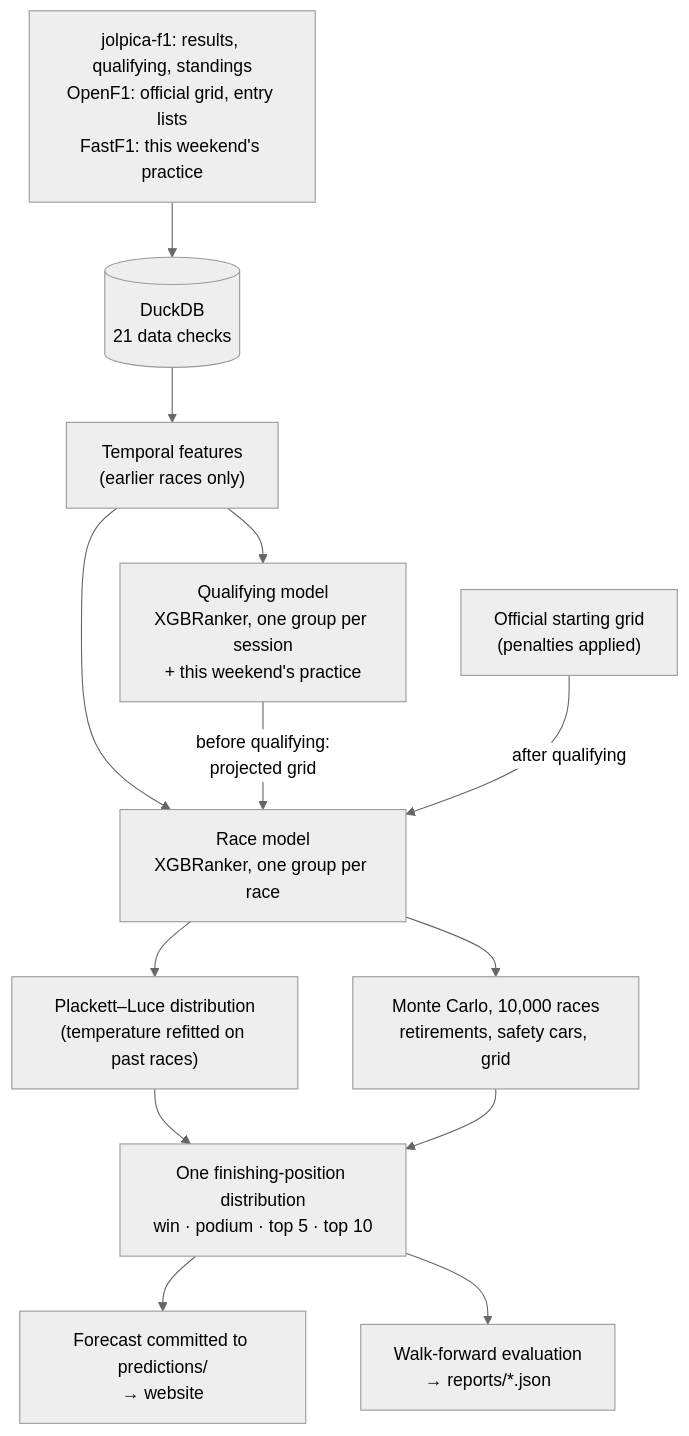
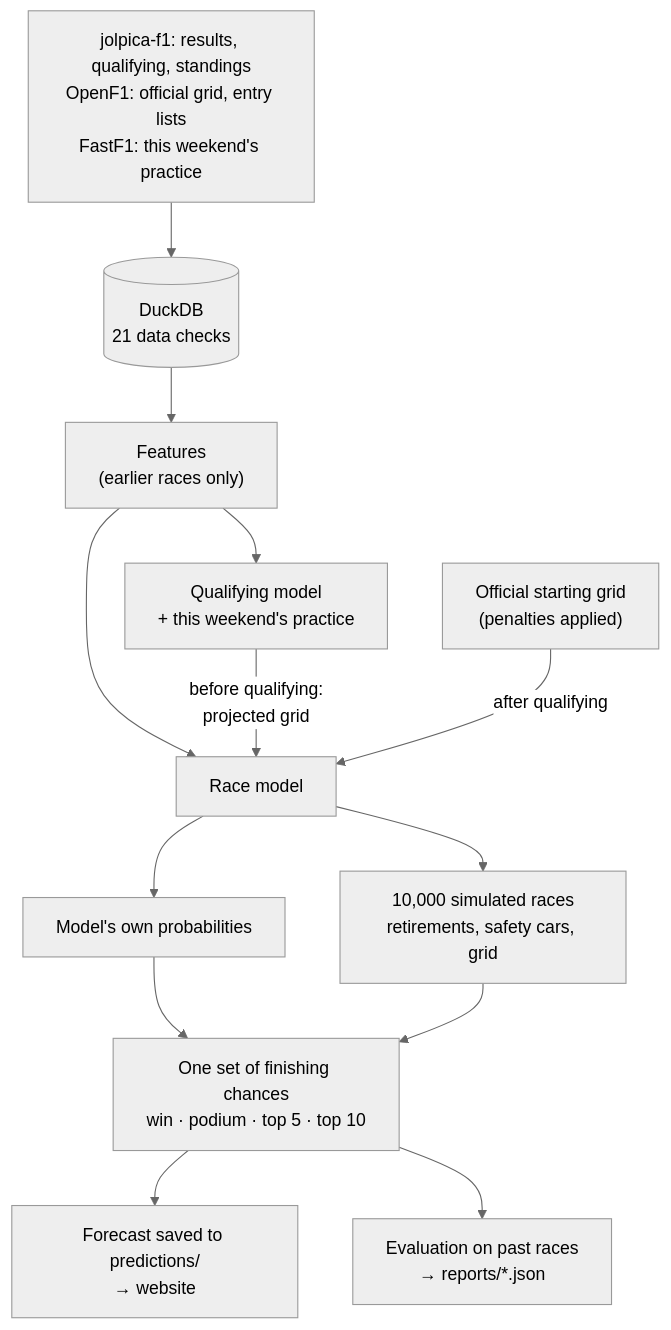
The diagram in README.md (Parikshit06/f1pred), drawn with Mermaid (neutral theme) before and after one commit. The commit also changed other lines of this file and 13 other files, not shown here.

First line of the commit message:
Forecast a penalised car's qualifying as it is really driven, and rewrite the README in plain language

````diff
--- a/README.md
+++ b/README.md
@@ -91,15 +35,15 @@
 ```mermaid
 flowchart TD
     A["jolpica-f1: results, qualifying, standings<br/>OpenF1: official grid, entry lists<br/>FastF1: this weekend's practice"] --> B[("DuckDB<br/>21 data checks")]
-    B --> C["Temporal features<br/>(earlier races only)"]
-    C --> Q["Qualifying model<br/>XGBRanker, one group per session<br/>+ this weekend's practice"]
-    C --> R["Race model<br/>XGBRanker, one group per race"]
+    B --> C["Features<br/>(earlier races only)"]
+    C --> Q["Qualifying model<br/>+ this weekend's practice"]
+    C --> R["Race model"]
     Q -- "before qualifying:<br/>projected grid" --> R
     G["Official starting grid<br/>(penalties applied)"] -- "after qualifying" --> R
-    R --> P["Plackett–Luce distribution<br/>(temperature refitted on past races)"]
-    R --> M["Monte Carlo, 10,000 races<br/>retirements, safety cars, grid"]
-    P --> F["One finishing-position distribution<br/>win · podium · top 5 · top 10"]
+    R --> P["Model's own probabilities"]
+    R --> M["10,000 simulated races<br/>retirements, safety cars, grid"]
+    P --> F["One set of finishing chances<br/>win · podium · top 5 · top 10"]
     M --> F
-    F --> W["Forecast committed to predictions/<br/>→ website"]
-    F --> E["Walk-forward evaluation<br/>→ reports/*.json"]
+    F --> W["Forecast saved to predictions/<br/>→ website"]
+    F --> E["Evaluation on past races<br/>→ reports/*.json"]
 ```
````
